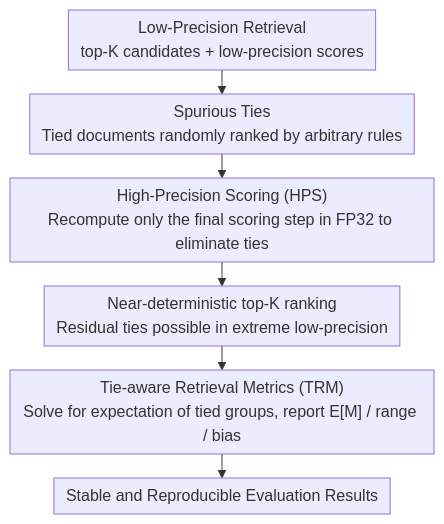
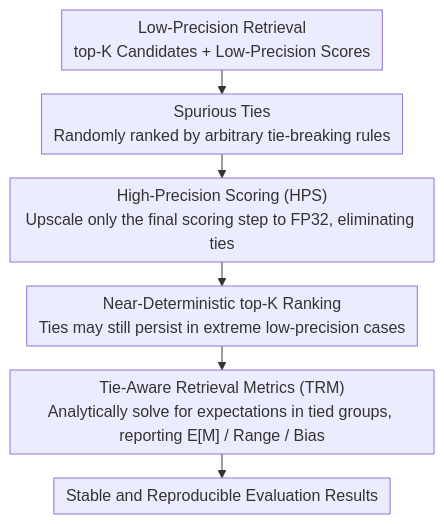
Before and after one commit to zhaoyang97/Paper-Notes-en: the diagram in docs/ACL2026/information_retrieval/reliable_evaluation_protocol_for_low-precision_retrieval.md, drawn with Mermaid. The commit also changed other lines of this file and 5084 other files, not shown here.

````diff
--- a/docs/ACL2026/information_retrieval/reliable_evaluation_protocol_for_low-precision_retrieval.md
+++ b/docs/ACL2026/information_retrieval/reliable_evaluation_protocol_for_low-precision_retrieval.md
@@ -44,9 +44,9 @@
 ```mermaid
 %%{init: {'flowchart': {'rankSpacing': 24, 'nodeSpacing': 28, 'padding': 6, 'wrappingWidth': 400}}}%%
 flowchart TD
-    A["Low-Precision Retrieval<br/>top-K candidates + low-precision scores"] --> B["Spurious Ties<br/>Tied documents randomly ranked by arbitrary rules"]
-    B --> C["High-Precision Scoring (HPS)<br/>Recompute only the final scoring step in FP32 to eliminate ties"]
-    C --> D["Near-deterministic top-K ranking<br/>Residual ties possible in extreme low-precision"]
-    D --> E["Tie-aware Retrieval Metrics (TRM)<br/>Solve for expectation of tied groups, report E[M] / range / bias"]
+    A["Low-Precision Retrieval<br/>top-K Candidates + Low-Precision Scores"] --> B["Spurious Ties<br/>Randomly ranked by arbitrary tie-breaking rules"]
+    B --> C["High-Precision Scoring (HPS)<br/>Upscale only the final scoring step to FP32, eliminating ties"]
+    C --> D["Near-Deterministic top-K Ranking<br/>Ties may still persist in extreme low-precision cases"]
+    D --> E["Tie-Aware Retrieval Metrics (TRM)<br/>Analytically solve for expectations in tied groups, reporting E[M] / Range / Bias"]
     E --> F["Stable and Reproducible Evaluation Results"]
 ```
````
